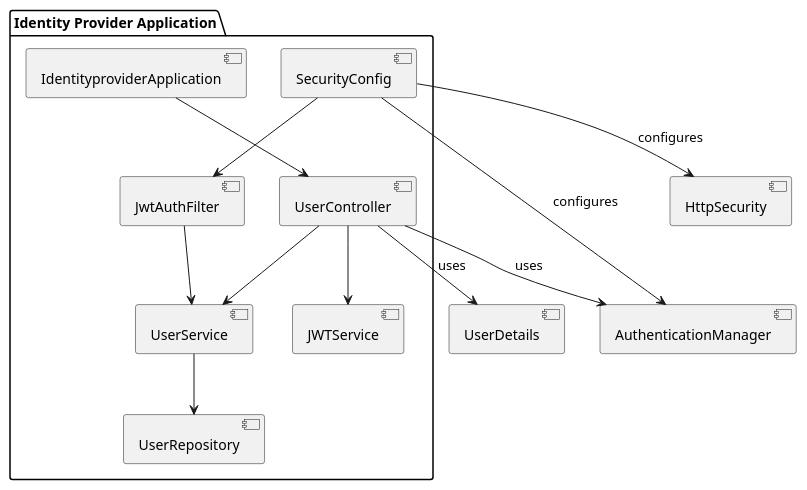
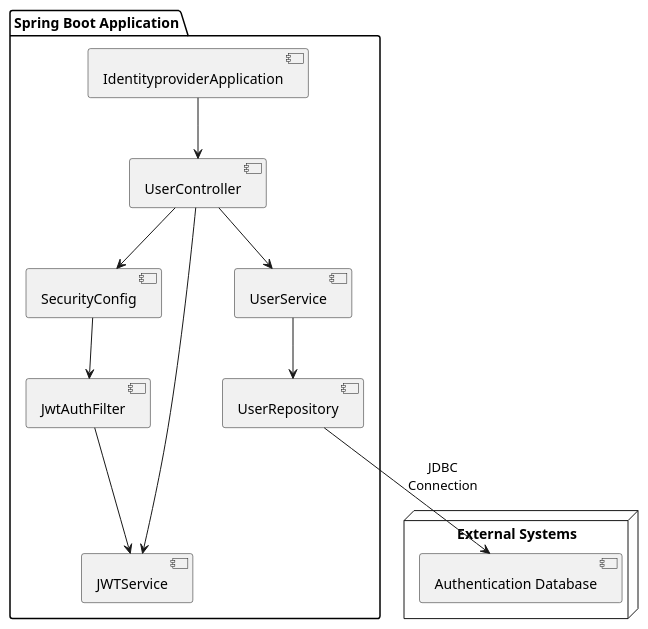
Before and after one commit to Dinesh-s95/AutoDoc.ai: the diagram in identityprovider/documentation/architecturedesign.adoc, drawn with PlantUML. The commit also changed other lines of this file and 15 other files, not shown here.

```diff
--- a/identityprovider/documentation/architecturedesign.adoc
+++ b/identityprovider/documentation/architecturedesign.adoc
@@ -9,33 +9,28 @@
 [plantuml, diagram-architecture, png]
 ----
 @startuml
-skinparam componentStyle uml2
+package "Spring Boot Application" {
+    component [IdentityproviderApplication] as App
+    component [UserController] as UC
+    component [SecurityConfig] as SC
+    component [JwtAuthFilter] as JF
+    component [JWTService] as JS
+    component [UserService] as US
+    database [UserRepository] as UR
 
-package "Identity Provider Application" {
-    [IdentityproviderApplication] as app
-    [UserController] as controller
-    [UserService] as service
-    [UserRepository] as repository
-    [JWTService] as jwtService
-    [SecurityConfig] as security
-    [JwtAuthFilter] as jwtFilter
-
-    app --> controller
-    controller --> service
-    service --> repository
-    controller --> jwtService
-    security --> jwtFilter
-    jwtFilter --> service
+    App --> UC
+    UC --> SC
+    SC --> JF
+    JF --> JS
+    UC --> JS
+    UC --> US
+    US --> UR
 }
 
-[UserDetails] as userDetails
-[AuthenticationManager] as authManager
-[HttpSecurity] as httpSecurity
+node "External Systems" {
+    [Authentication Database] as AuthDB
+}
 
-controller --> userDetails : uses
-controller --> authManager : uses
-security --> authManager : configures
-security --> httpSecurity : configures
-
+UR --> AuthDB : "JDBC\nConnection"
 @enduml
 ----
```
